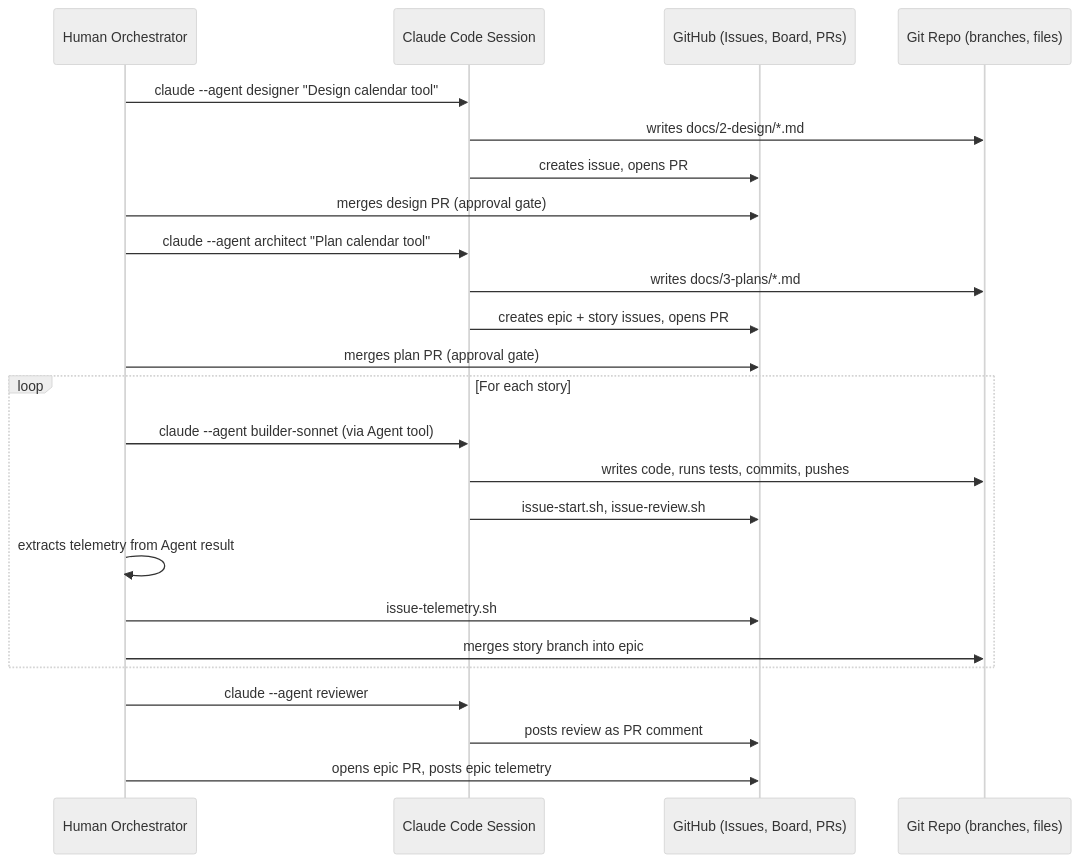
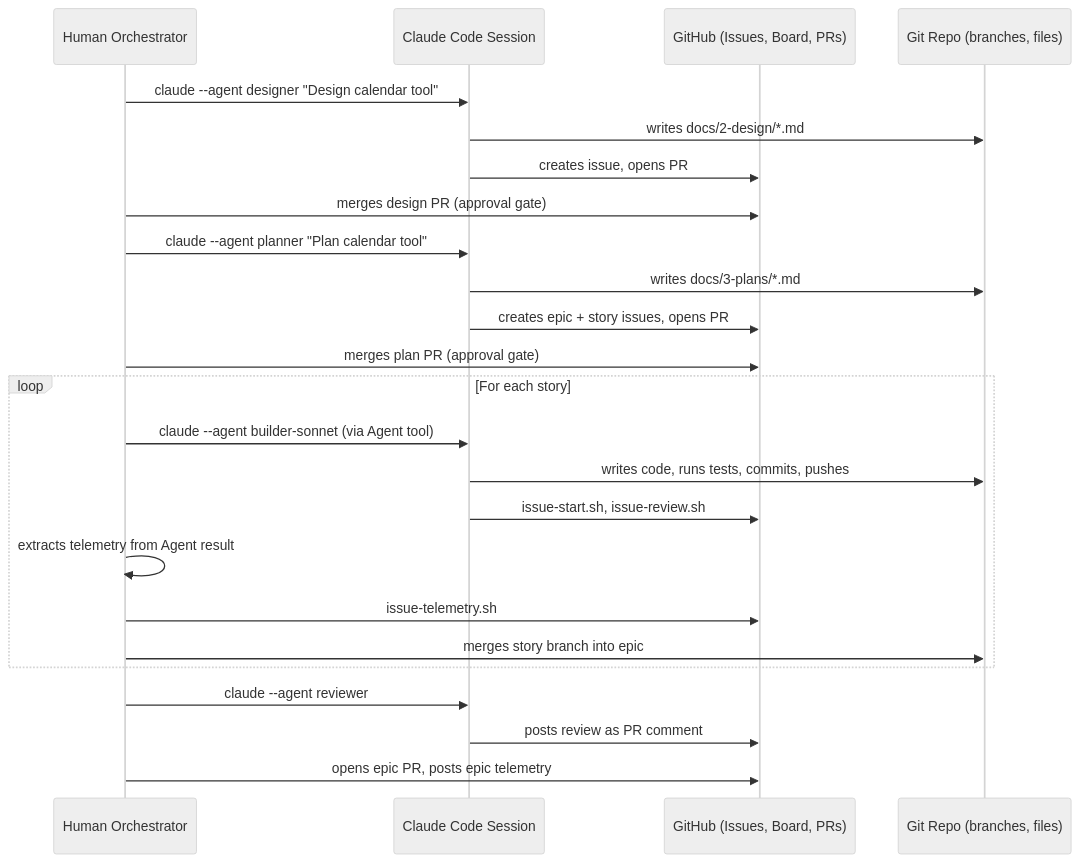
The first of 4 diagrams in docs/2-design/2026-03-09-agentic-sdlc-v2-design.md (carlosboeing/agentic-sdlc-workflow), drawn with Mermaid (neutral theme) before and after one commit. The commit also changed other lines of this file and 46 other files, not shown here.

First line of the commit message:
refactor(agents): rename architect agent to planner

````diff
--- a/docs/2-design/2026-03-09-agentic-sdlc-v2-design.md
+++ b/docs/2-design/2026-03-09-agentic-sdlc-v2-design.md
@@ -35,30 +35,30 @@
 ```mermaid
 sequenceDiagram
     participant Human as Human Orchestrator
     participant CC as Claude Code Session
     participant GH as GitHub (Issues, Board, PRs)
     participant Repo as Git Repo (branches, files)
 
     Human->>CC: claude --agent designer "Design calendar tool"
     CC->>Repo: writes docs/2-design/*.md
     CC->>GH: creates issue, opens PR
     Human->>GH: merges design PR (approval gate)
 
-    Human->>CC: claude --agent architect "Plan calendar tool"
+    Human->>CC: claude --agent planner "Plan calendar tool"
     CC->>Repo: writes docs/3-plans/*.md
     CC->>GH: creates epic + story issues, opens PR
     Human->>GH: merges plan PR (approval gate)
 
     loop For each story
         Human->>CC: claude --agent builder-sonnet (via Agent tool)
         CC->>Repo: writes code, runs tests, commits, pushes
         CC->>GH: issue-start.sh, issue-review.sh
         Human->>Human: extracts telemetry from Agent result
         Human->>GH: issue-telemetry.sh
         Human->>Repo: merges story branch into epic
     end
 
     Human->>CC: claude --agent reviewer
     CC->>GH: posts review as PR comment
     Human->>GH: opens epic PR, posts epic telemetry
 ```
````
